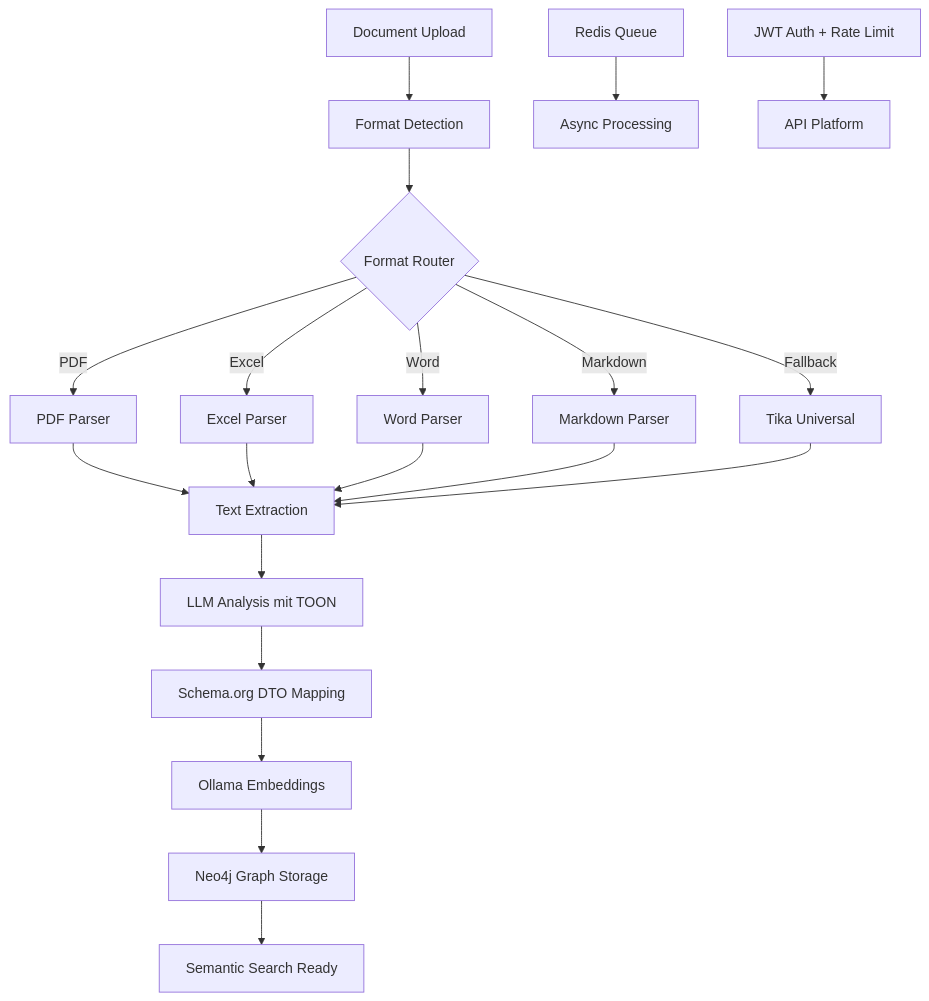
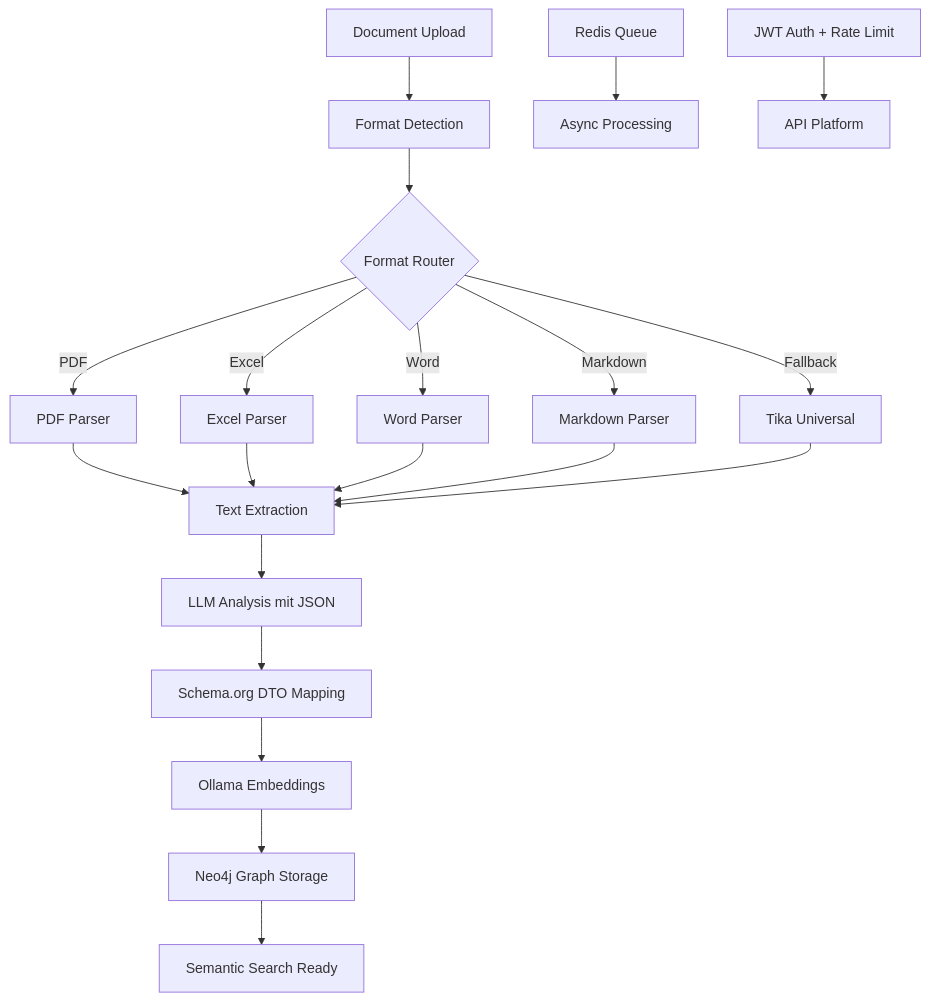
One commit to Episch/RAG-Inald changed the diagram in README.md. Above: the diagram before and after it, drawn with Mermaid. The commit also changed other lines of this file and 18 other files, not shown here.

````diff
--- a/README.md
+++ b/README.md
@@ -270,19 +270,19 @@
 ```mermaid
 graph TB
     A[Document Upload] --> B[Format Detection]
     B --> C{Format Router}
     C -->|PDF| D1[PDF Parser]
     C -->|Excel| D2[Excel Parser]
     C -->|Word| D3[Word Parser]
     C -->|Markdown| D4[Markdown Parser]
     C -->|Fallback| D5[Tika Universal]
     D1 & D2 & D3 & D4 & D5 --> E[Text Extraction]
-    E --> F[LLM Analysis mit TOON]
+    E --> F[LLM Analysis mit JSON]
     F --> G[Schema.org DTO Mapping]
     G --> H[Ollama Embeddings]
     H --> I[Neo4j Graph Storage]
     I --> J[Semantic Search Ready]
     
     K[Redis Queue] --> L[Async Processing]
     M[JWT Auth + Rate Limit] --> N[API Platform]
 ```
````
